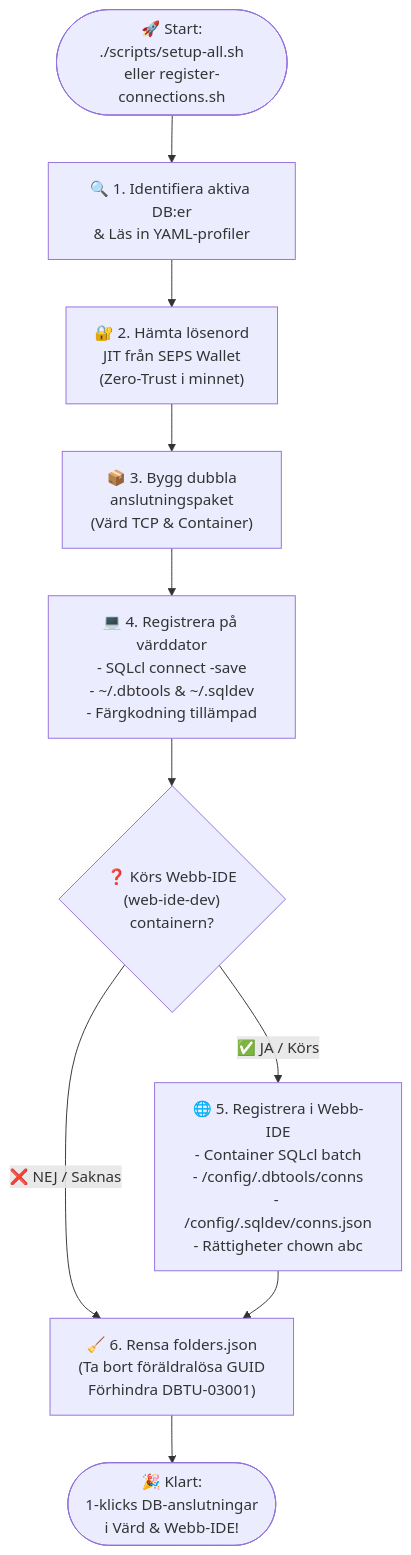
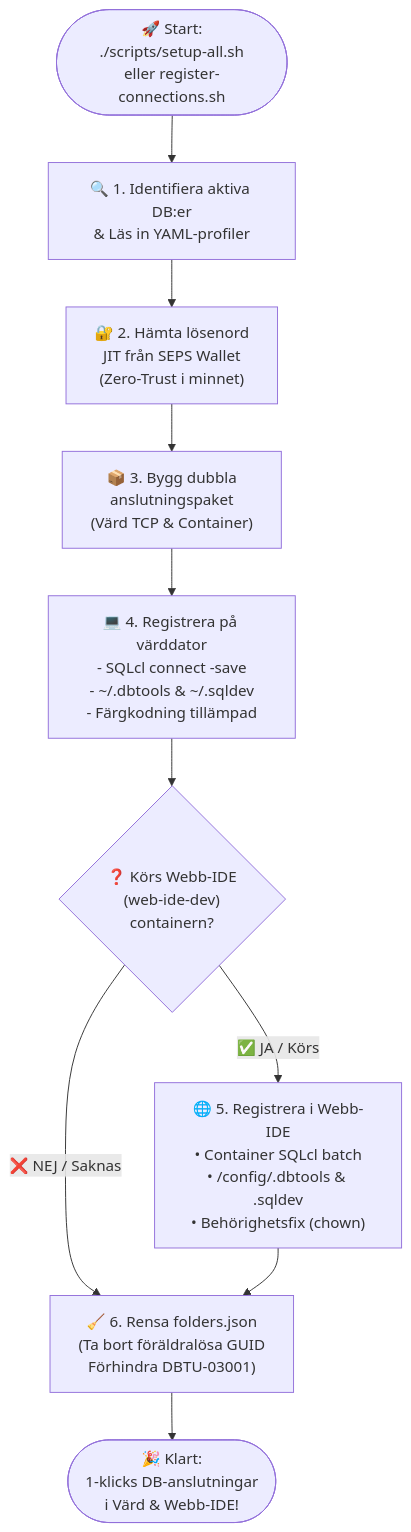
Before and after one commit to alahe/oracle-devops-platform: the diagram in connections/README.sv.md, drawn with Mermaid. The commit also changed 412 other files, not shown here.

````diff
--- a/connections/README.sv.md
+++ b/connections/README.sv.md
@@ -15,20 +15,20 @@
 ```mermaid
 flowchart TD
   START(["🚀 Start:<br/>./scripts/setup-all.sh<br/>eller register-connections.sh"]) --> DISCOVER["🔍 1. Identifiera aktiva DB:er<br/>& Läs in YAML-profiler"]
   
   DISCOVER --> WALLET["🔐 2. Hämta lösenord<br/>JIT från SEPS Wallet<br/>(Zero-Trust i minnet)"]
   
   WALLET --> BUILD_CONNS["📦 3. Bygg dubbla<br/>anslutningspaket<br/>(Värd TCP & Container)"]
   
   BUILD_CONNS --> HOST_REG["💻 4. Registrera på värddator<br/>- SQLcl connect -save<br/>- ~/.dbtools & ~/.sqldev<br/>- Färgkodning tillämpad"]
   
   HOST_REG --> CHECK_WEBIDE{"❓ Körs Webb-IDE<br/>(web-ide-dev)<br/>containern?"}
   
-  CHECK_WEBIDE -->|"✅ JA / Körs"| WEBIDE_REG["🌐 5. Registrera i Webb-IDE<br/>- Container SQLcl batch<br/>- /config/.dbtools/conns<br/>- /config/.sqldev/conns.json<br/>- Rättigheter chown abc"]
+  CHECK_WEBIDE -->|"✅ JA / Körs"| WEBIDE_REG["🌐 5. Registrera i Webb-IDE<br/>• Container SQLcl batch<br/>• /config/.dbtools & .sqldev<br/>• Behörighetsfix (chown)"]
   
   CHECK_WEBIDE -->|"❌ NEJ / Saknas"| SANITIZE["🧹 6. Rensa folders.json<br/>(Ta bort föräldralösa GUID<br/>Förhindra DBTU-03001)"]
   
   WEBIDE_REG --> SANITIZE
   
   SANITIZE --> READY(["🎉 Klart:<br/>1-klicks DB-anslutningar<br/>i Värd & Webb-IDE!"])
 ```
````
